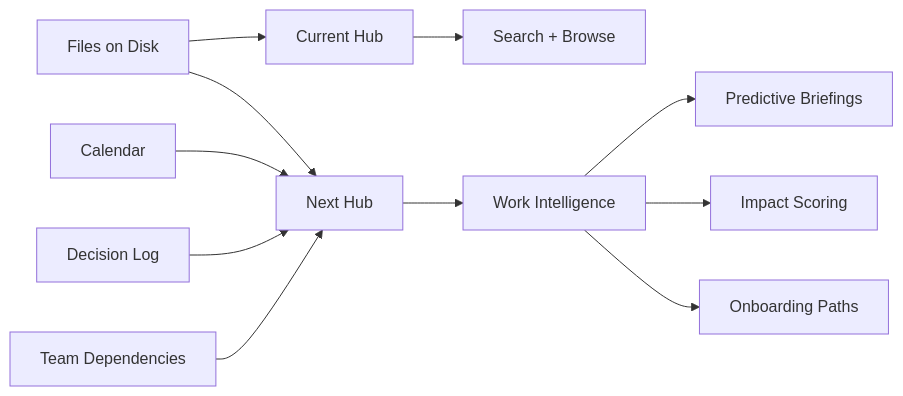
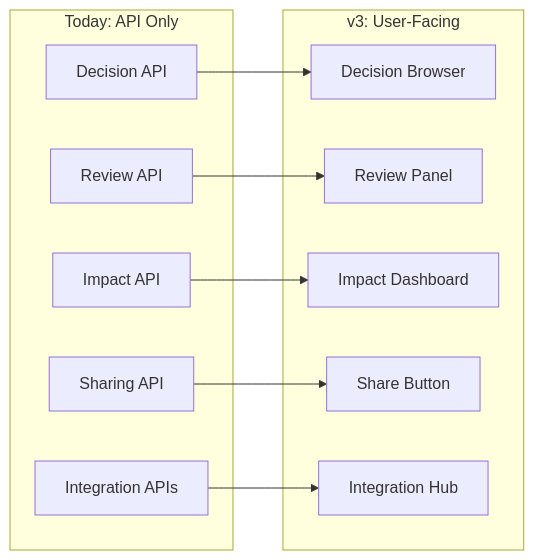
The first of 4 diagrams in docs/future-developments.md (ahmedkhaledmohamed/the-hub), drawn with Mermaid before and after one commit. The commit also changed other lines of this file, not shown here.

````diff
--- a/docs/future-developments.md
+++ b/docs/future-developments.md
@@ -64,14 +100,24 @@
 ```mermaid
 flowchart LR
-    Files[Files on Disk] --> Current[Current Hub]
-    Current --> Search[Search + Browse]
+    subgraph Today["Today: API Only"]
+        Decisions[Decision API]
+        Reviews[Review API]
+        Impact[Impact API]
+        Sharing[Sharing API]
+        Integrations[Integration APIs]
+    end
 
-    Files --> Next[Next Hub]
-    Meetings[Calendar] --> Next
-    Decisions[Decision Log] --> Next
-    Dependencies[Team Dependencies] --> Next
-    Next --> Intelligence[Work Intelligence]
-    Intelligence --> Predict[Predictive Briefings]
-    Intelligence --> Impact[Impact Scoring]
-    Intelligence --> Onboard[Onboarding Paths]
+    subgraph v3["v3: User-Facing"]
+        DecisionUI[Decision Browser]
+        ReviewUI[Review Panel]
+        ImpactUI[Impact Dashboard]
+        ShareUI[Share Button]
+        IntegrationUI[Integration Hub]
+    end
+
+    Decisions --> DecisionUI
+    Reviews --> ReviewUI
+    Impact --> ImpactUI
+    Sharing --> ShareUI
+    Integrations --> IntegrationUI
 ```
````
